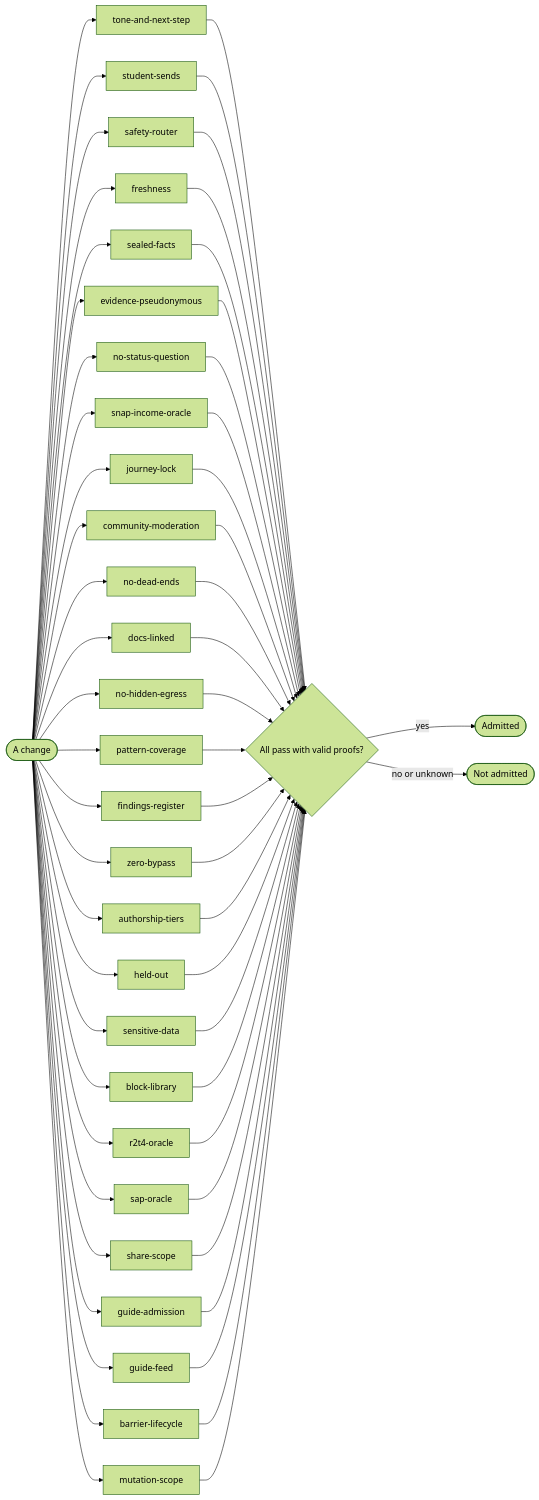
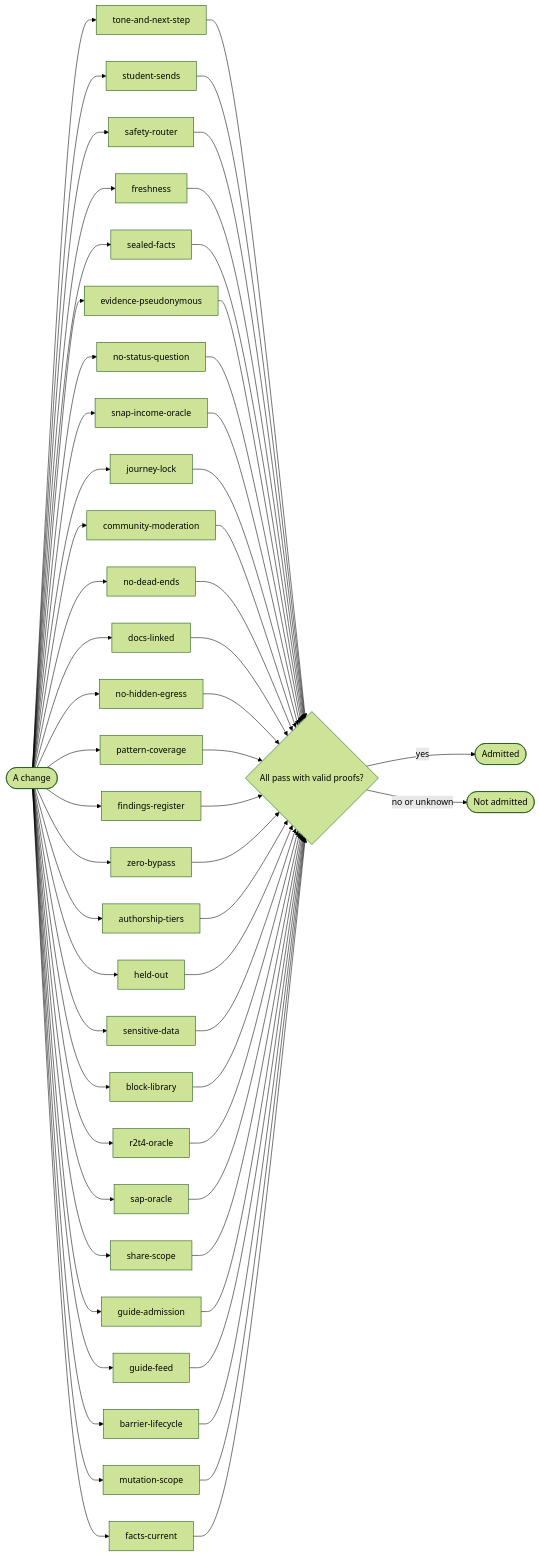
The diagram in docs/testing/gates.md (russlittle/ZTHR), drawn with Mermaid (forest theme) before and after one commit. The commit also changed other lines of this file and 857 other files, not shown here.

````diff
--- a/docs/testing/gates.md
+++ b/docs/testing/gates.md
@@ -8,33 +8,34 @@
 ```mermaid
 flowchart LR
   tone_and_next_step["tone-and-next-step"]
   student_sends["student-sends"]
   safety_router["safety-router"]
   freshness["freshness"]
   sealed_facts["sealed-facts"]
   evidence_pseudonymous["evidence-pseudonymous"]
   no_status_question["no-status-question"]
   snap_income_oracle["snap-income-oracle"]
   journey_lock["journey-lock"]
   community_moderation["community-moderation"]
   no_dead_ends["no-dead-ends"]
   docs_linked["docs-linked"]
   no_hidden_egress["no-hidden-egress"]
   pattern_coverage["pattern-coverage"]
   findings_register["findings-register"]
   zero_bypass["zero-bypass"]
   authorship_tiers["authorship-tiers"]
   held_out["held-out"]
   sensitive_data["sensitive-data"]
   block_library["block-library"]
   r2t4_oracle["r2t4-oracle"]
   sap_oracle["sap-oracle"]
   share_scope["share-scope"]
   guide_admission["guide-admission"]
   guide_feed["guide-feed"]
   barrier_lifecycle["barrier-lifecycle"]
   mutation_scope["mutation-scope"]
-  change([A change]) --> tone_and_next_step & student_sends & safety_router & freshness & sealed_facts & evidence_pseudonymous & no_status_question & snap_income_oracle & journey_lock & community_moderation & no_dead_ends & docs_linked & no_hidden_egress & pattern_coverage & findings_register & zero_bypass & authorship_tiers & held_out & sensitive_data & block_library & r2t4_oracle & sap_oracle & share_scope & guide_admission & guide_feed & barrier_lifecycle & mutation_scope --> admit{All pass with valid proofs?}
+  facts_current["facts-current"]
+  change([A change]) --> tone_and_next_step & student_sends & safety_router & freshness & sealed_facts & evidence_pseudonymous & no_status_question & snap_income_oracle & journey_lock & community_moderation & no_dead_ends & docs_linked & no_hidden_egress & pattern_coverage & findings_register & zero_bypass & authorship_tiers & held_out & sensitive_data & block_library & r2t4_oracle & sap_oracle & share_scope & guide_admission & guide_feed & barrier_lifecycle & mutation_scope & facts_current --> admit{All pass with valid proofs?}
   admit -- yes --> ok([Admitted])
   admit -- no or unknown --> no([Not admitted])
 ```
````
